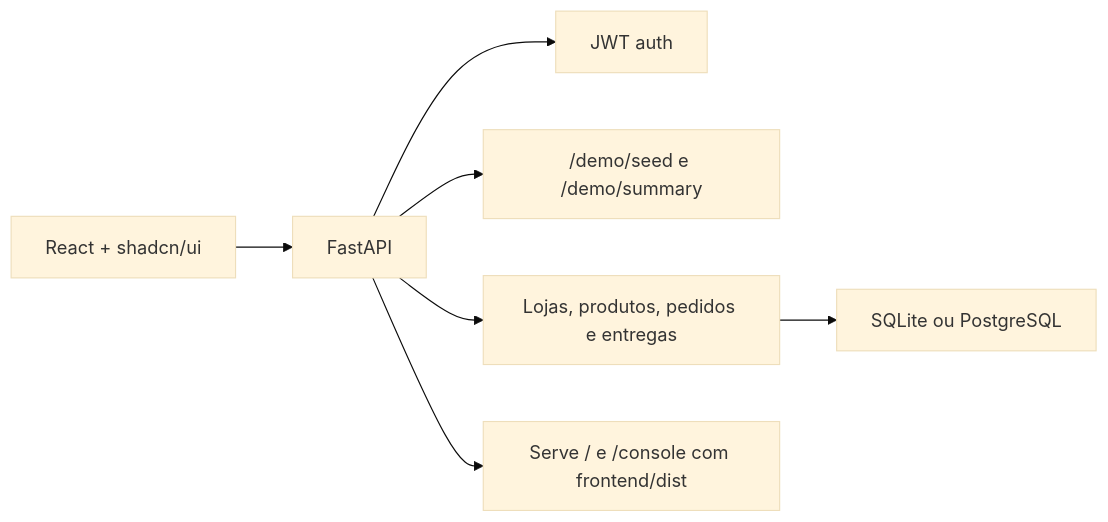
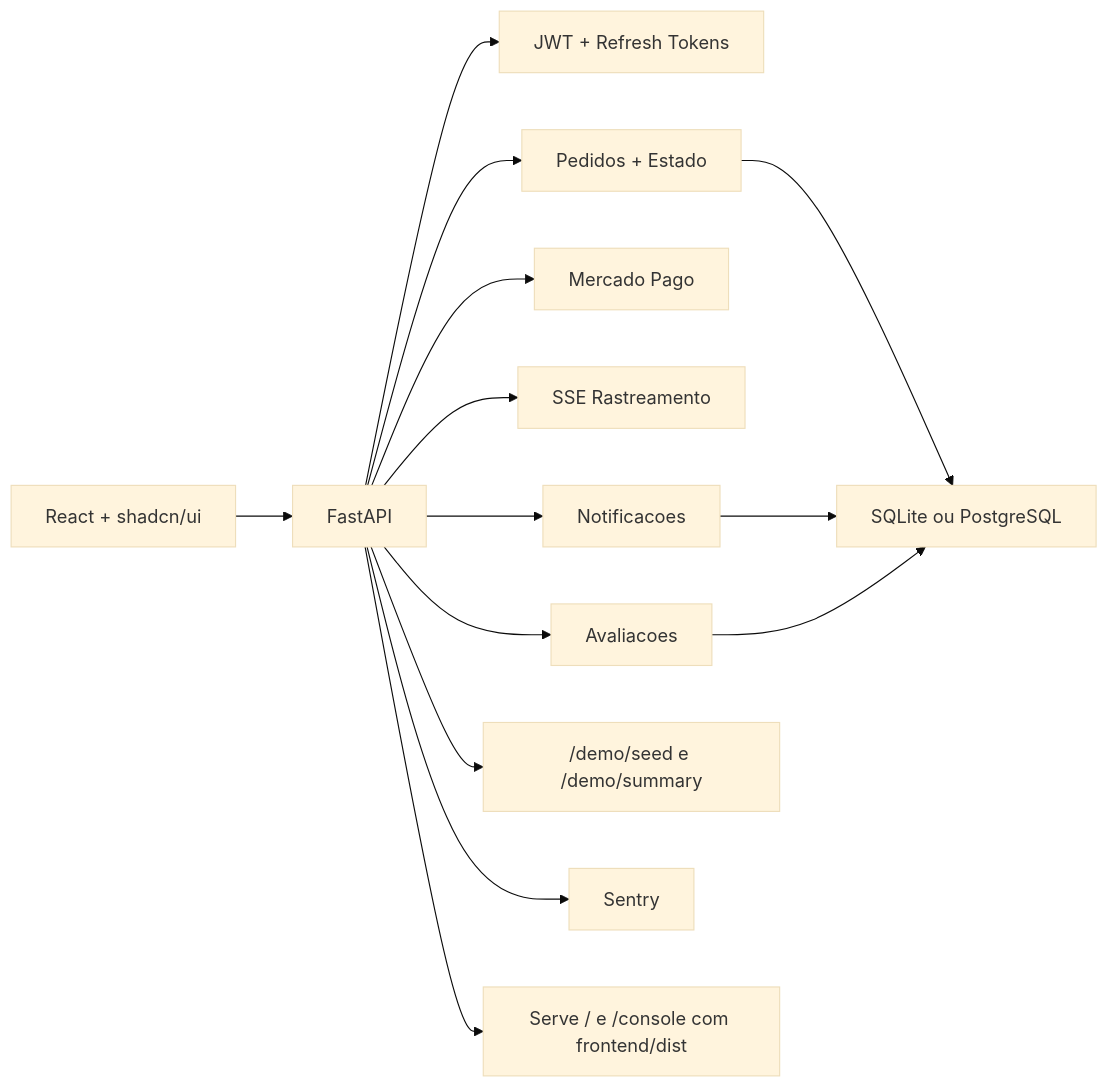
The diagram in README.md (MatheusAdeMiranda/PecaGo), drawn with Mermaid (base theme) before and after one commit. The commit also changed other lines of this file and 1 other file, not shown here.

First line of the commit message:
docs: atualiza README e CLAUDE.md para refletir estado atual

````diff
--- a/README.md
+++ b/README.md
@@ -47,9 +57,16 @@
 ```mermaid
 flowchart LR
     UI["React + shadcn/ui"] --> API["FastAPI"]
-    API --> AUTH["JWT auth"]
+    API --> AUTH["JWT + Refresh Tokens"]
+    API --> ORDERS["Pedidos + Estado"]
+    API --> PAY["Mercado Pago"]
+    API --> TRACK["SSE Rastreamento"]
+    API --> NOTIFY["Notificacoes"]
+    API --> REVIEWS["Avaliacoes"]
     API --> DEMO["/demo/seed e /demo/summary"]
-    API --> DOMAIN["Lojas, produtos, pedidos e entregas"]
-    DOMAIN --> DB["SQLite ou PostgreSQL"]
+    ORDERS --> DB["SQLite ou PostgreSQL"]
+    NOTIFY --> DB
+    REVIEWS --> DB
+    API --> SENTRY["Sentry"]
     API --> BUILD["Serve / e /console com frontend/dist"]
 ```
````
